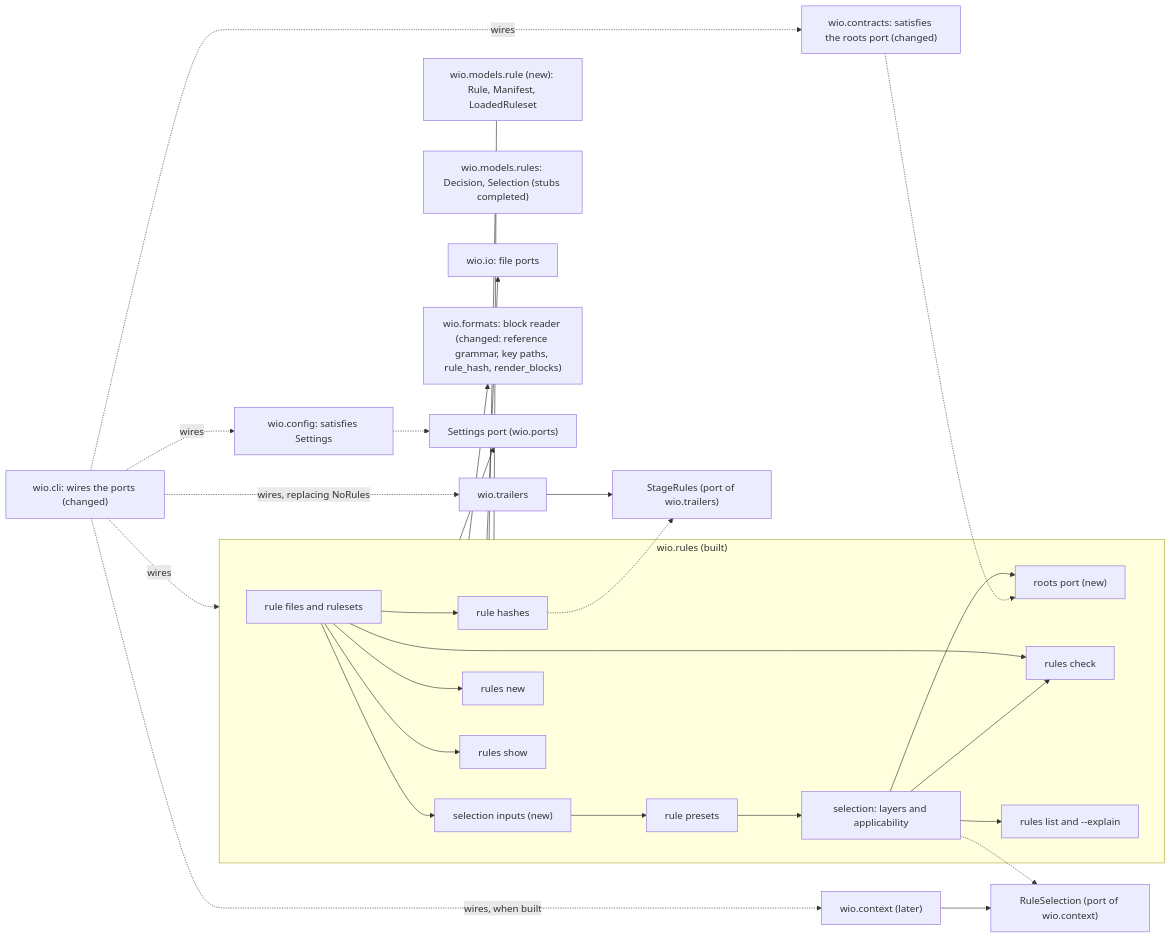
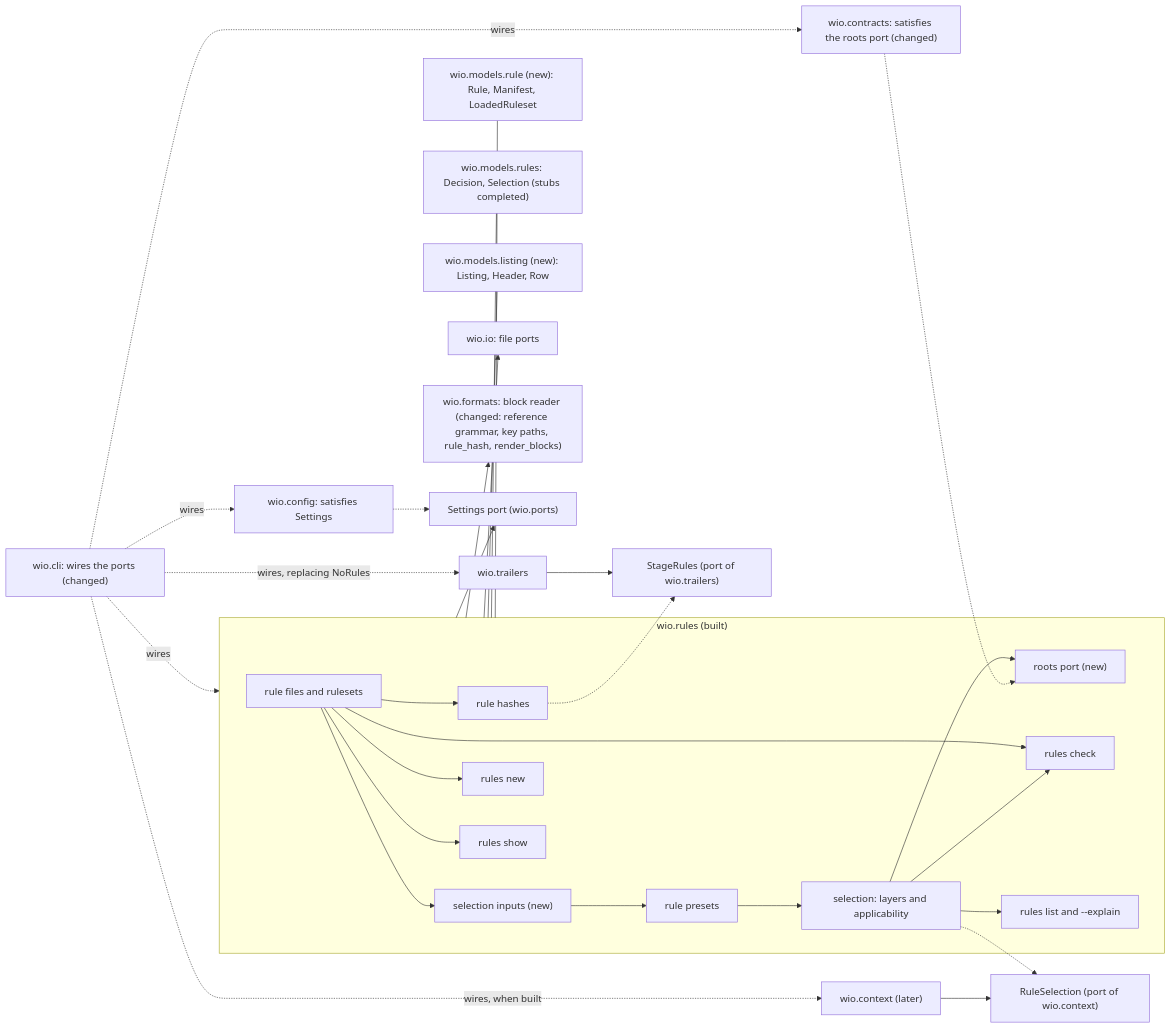
One commit to msitarz/wio changed the second of 2 diagrams in .agents/wio/works/wio-rules/README.md. Above: the diagram before and after it, drawn with Mermaid. The commit also changed other lines of this file and 11 other files, not shown here.

````diff
--- a/.agents/wio/works/wio-rules/README.md
+++ b/.agents/wio/works/wio-rules/README.md
@@ -294,51 +300,53 @@
 ```mermaid
 flowchart LR
     subgraph rules["wio.rules (built)"]
         files["rule files and rulesets"]
         presets["rule presets"]
         select["selection: layers and applicability"]
         hashes["rule hashes"]
         inputs["selection inputs (new)"]
         rootsport["roots port (new)"]
         new["rules new"]
         check["rules check"]
         list["rules list and --explain"]
         show["rules show"]
     end
     ruledata["wio.models.rule (new): Rule, Manifest, LoadedRuleset"]
     models["wio.models.rules: Decision, Selection (stubs completed)"]
+    listing["wio.models.listing (new): Listing, Header, Row"]
     io["wio.io: file ports"]
     fmt["wio.formats: block reader (changed: reference grammar, key paths, rule_hash, render_blocks)"]
     settings["Settings port (wio.ports)"]
     selport["RuleSelection (port of wio.context)"]
     stageport["StageRules (port of wio.trailers)"]
     config["wio.config: satisfies Settings"]
     contracts["wio.contracts: satisfies the roots port (changed)"]
     ctx["wio.context (later)"]
     trl["wio.trailers"]
     cli["wio.cli: wires the ports (changed)"]
     files --> inputs --> presets --> select
     files --> new
     files --> check
     files --> show
     files --> hashes
     select --> check
     select --> list
     select --> rootsport
     rules --- ruledata
     rules --- models
+    rules --- listing
     rules --> io
     rules --> fmt
     rules --> settings
     config -.-> settings
     contracts -.-> rootsport
     select -.-> selport
     hashes -.-> stageport
     ctx --> selport
     trl --> stageport
     cli -. "wires" .-> rules
     cli -. "wires" .-> config
     cli -. "wires" .-> contracts
     cli -. "wires, replacing NoRules" .-> trl
     cli -. "wires, when built" .-> ctx
 ```
````
